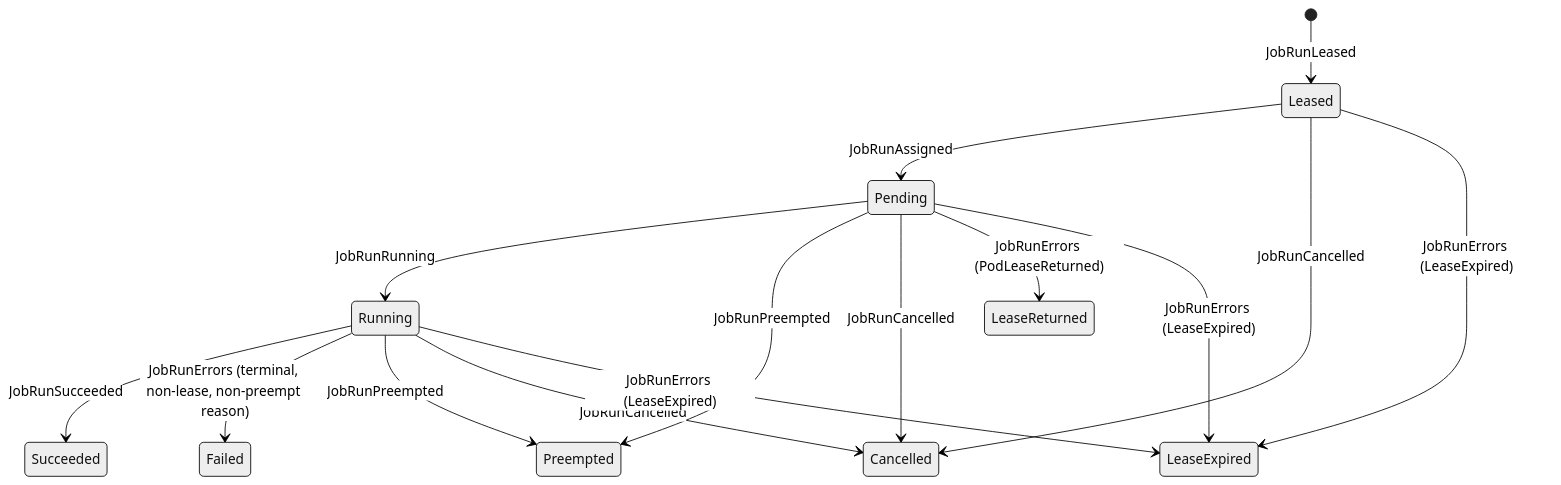
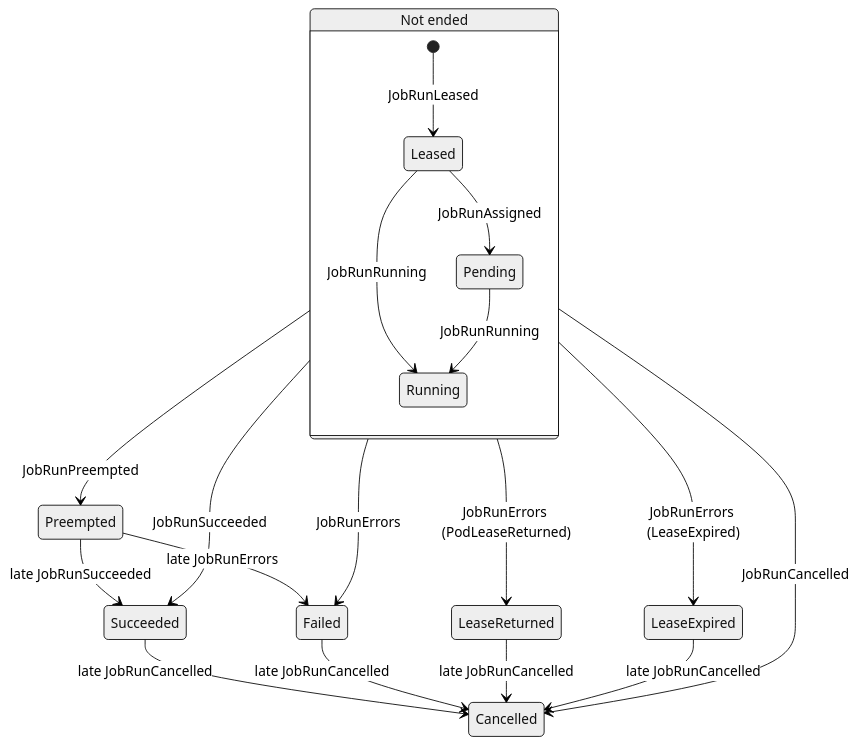
The fourth of 11 diagrams in docs/developer/job-lifecycle-events.md (armadaproject/armada), drawn with Mermaid (neutral theme) before and after one commit. The commit also changed other lines of this file, not shown here.

First line of the commit message:
Correct and restructure the job lifecycle events doc (#5347)

````diff
--- a/docs/developer/job-lifecycle-events.md
+++ b/docs/developer/job-lifecycle-events.md
@@ -136,17 +218,21 @@
 ```mermaid
 stateDiagram-v2
-    [*] --> Leased: JobRunLeased
-    Leased --> Pending: JobRunAssigned
-    Pending --> Running: JobRunRunning
-    Running --> Succeeded: JobRunSucceeded
-    Running --> Failed: JobRunErrors (terminal, non-lease, non-preempt reason)
-    Pending --> Preempted: JobRunPreempted
-    Running --> Preempted: JobRunPreempted
-    Leased --> Cancelled: JobRunCancelled
-    Pending --> Cancelled: JobRunCancelled
-    Running --> Cancelled: JobRunCancelled
-    Pending --> LeaseReturned: JobRunErrors (PodLeaseReturned)
-    Leased --> LeaseExpired: JobRunErrors (LeaseExpired)
-    Pending --> LeaseExpired: JobRunErrors (LeaseExpired)
-    Running --> LeaseExpired: JobRunErrors (LeaseExpired)
+    state "Not ended" as Live {
+        [*] --> Leased: JobRunLeased
+        Leased --> Pending: JobRunAssigned
+        Leased --> Running: JobRunRunning
+        Pending --> Running: JobRunRunning
+    }
+    Live --> Succeeded: JobRunSucceeded
+    Live --> Failed: JobRunErrors
+    Live --> LeaseReturned: JobRunErrors (PodLeaseReturned)
+    Live --> LeaseExpired: JobRunErrors (LeaseExpired)
+    Live --> Preempted: JobRunPreempted
+    Live --> Cancelled: JobRunCancelled
+    Preempted --> Succeeded: late JobRunSucceeded
+    Preempted --> Failed: late JobRunErrors
+    Succeeded --> Cancelled: late JobRunCancelled
+    Failed --> Cancelled: late JobRunCancelled
+    LeaseReturned --> Cancelled: late JobRunCancelled
+    LeaseExpired --> Cancelled: late JobRunCancelled
 ```
````
